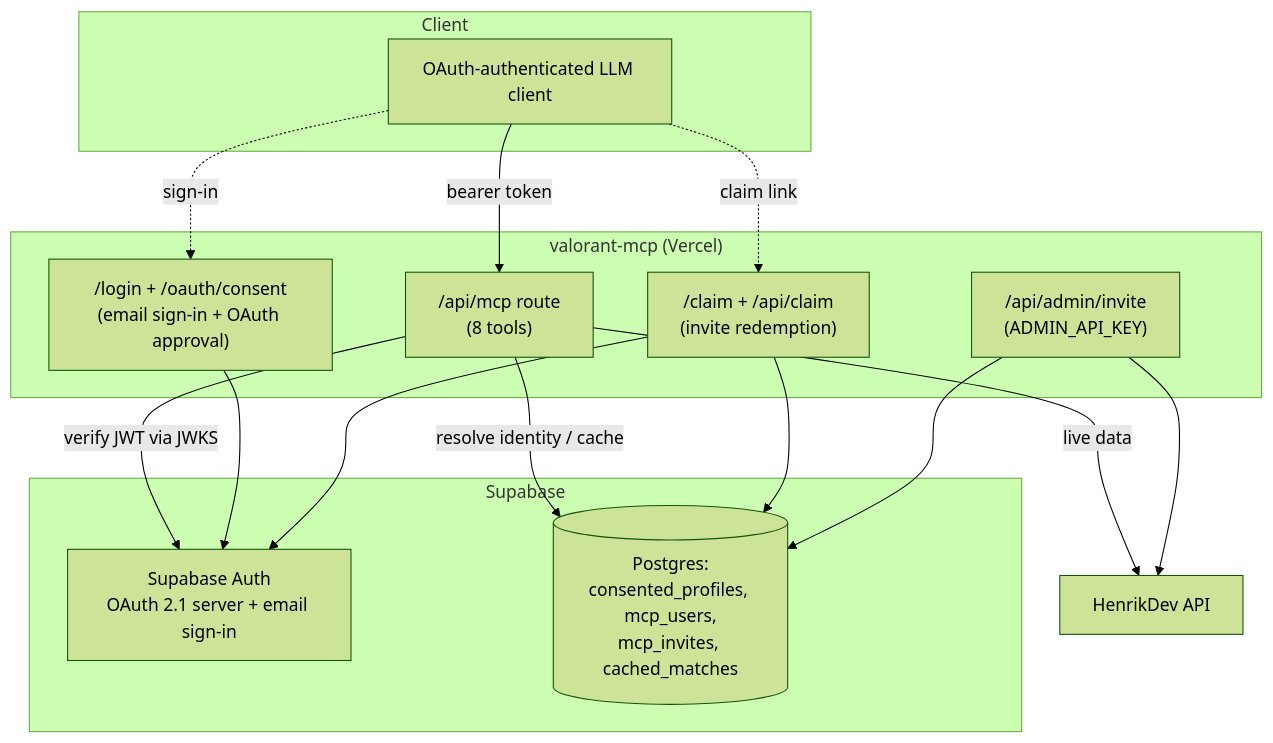
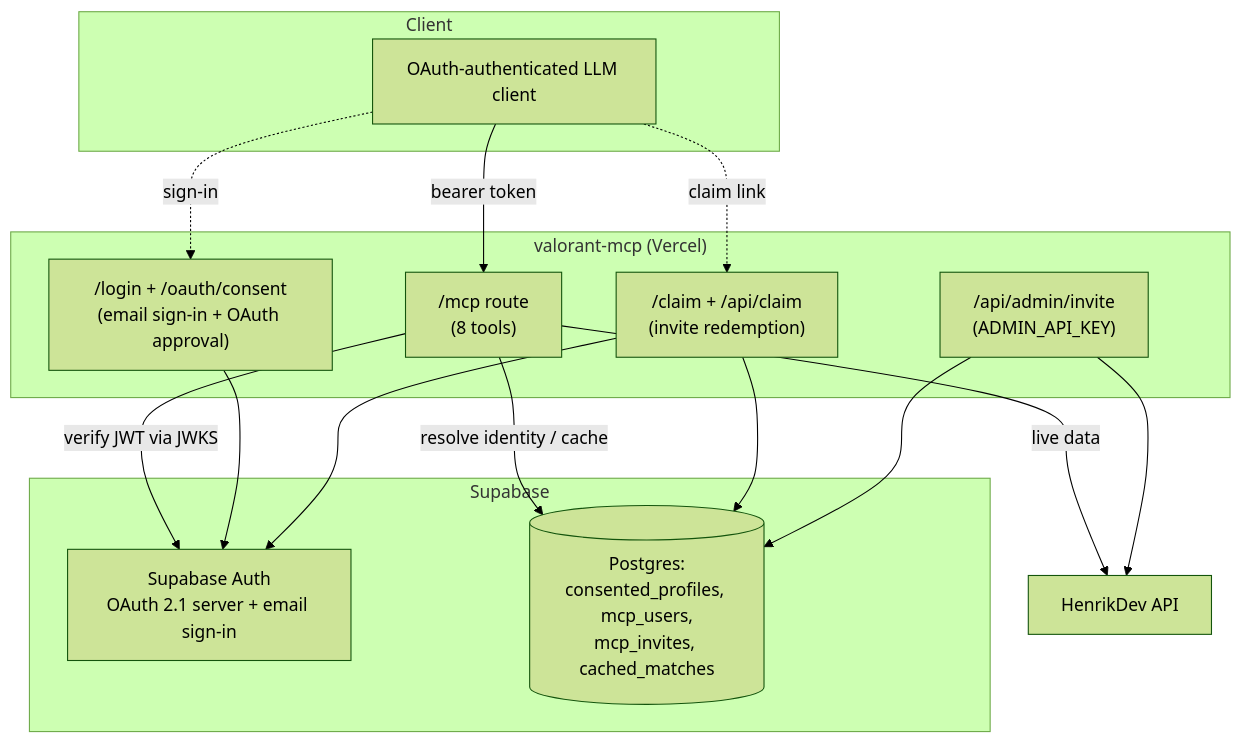
The diagram in ARCHITECTURE.md (duckling1169/valorant-mcp), drawn with Mermaid (forest theme) before and after one commit. The commit also changed other lines of this file and 105 other files, not shown here.

````diff
--- a/ARCHITECTURE.md
+++ b/ARCHITECTURE.md
@@ -7,32 +7,32 @@
 ```mermaid
 flowchart TB
   subgraph Client
     C[OAuth-authenticated LLM client]
   end
 
   subgraph Vercel["valorant-mcp (Vercel)"]
-    MCP["/api/mcp route<br/>(8 tools)"]
+    MCP["/mcp route<br/>(8 tools)"]
     Claim["/claim + /api/claim<br/>(invite redemption)"]
     Admin["/api/admin/invite<br/>(ADMIN_API_KEY)"]
     Login["/login + /oauth/consent<br/>(email sign-in + OAuth approval)"]
   end
 
   subgraph Supabase
     Auth[Supabase Auth<br/>OAuth 2.1 server + email sign-in]
     DB[(Postgres:<br/>consented_profiles, mcp_users,<br/>mcp_invites, cached_matches)]
   end
 
   H[HenrikDev API]
 
   C -- bearer token --> MCP
   MCP -- verify JWT via JWKS --> Auth
   MCP -- resolve identity / cache --> DB
   MCP -- live data --> H
   C -. sign-in .-> Login
   Login --> Auth
   C -. claim link .-> Claim
   Claim --> Auth
   Claim --> DB
   Admin --> H
   Admin --> DB
 ```
````
